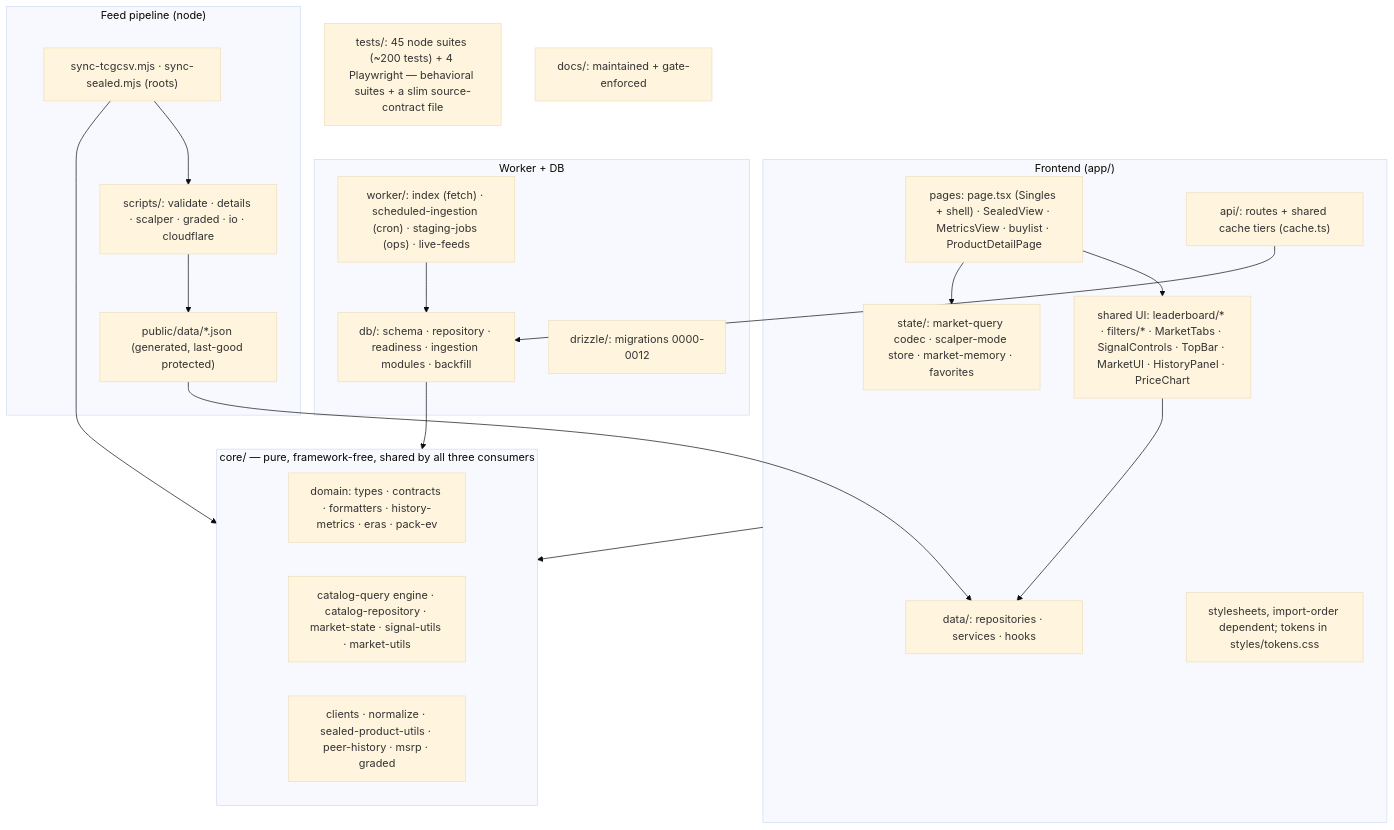
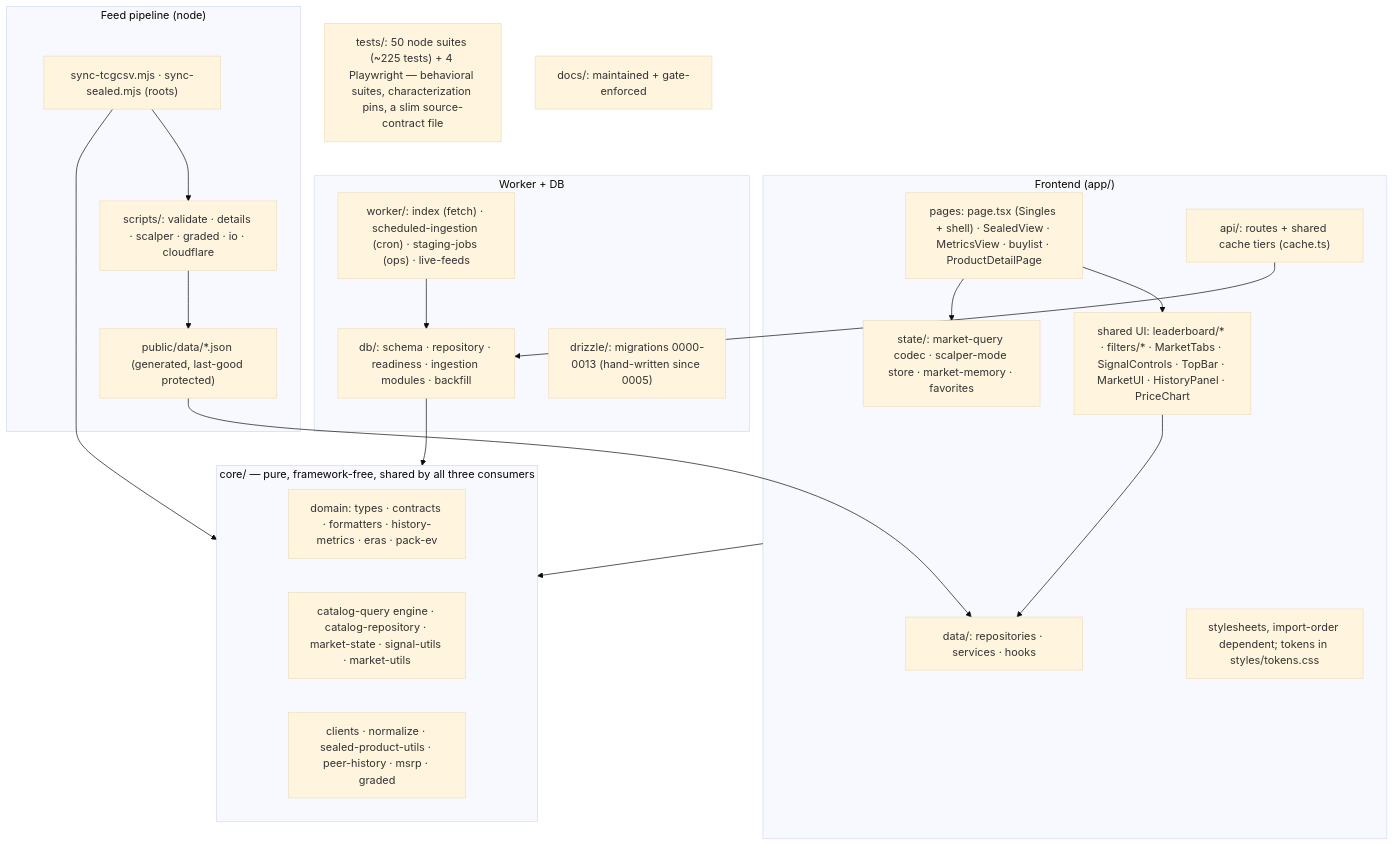
The first of 3 diagrams in docs/helicopter-view.md (cjord/rawsignal), drawn with Mermaid (base theme) before and after one commit. The commit also changed other lines of this file and 3 other files, not shown here.

````diff
--- a/docs/helicopter-view.md
+++ b/docs/helicopter-view.md
@@ -19,38 +19,38 @@
 ```mermaid
 flowchart TB
   subgraph frontend["Frontend (app/)"]
     pages["pages: page.tsx (Singles + shell) · SealedView · MetricsView · buylist · ProductDetailPage"]
     prims["shared UI: leaderboard/* · filters/* · MarketTabs · SignalControls · TopBar · MarketUI · HistoryPanel · PriceChart"]
     state["state/: market-query codec · scalper-mode store · market-memory · favorites"]
     dataL["data/: repositories · services · hooks"]
     api["api/: routes + shared cache tiers (cache.ts)"]
     css["stylesheets, import-order dependent; tokens in styles/tokens.css"]
   end
   subgraph core["core/ — pure, framework-free, shared by all three consumers"]
     domain["domain: types · contracts · formatters · history-metrics · eras · pack-ev"]
     engine["catalog-query engine · catalog-repository · market-state · signal-utils · market-utils"]
     pipe["clients · normalize · sealed-product-utils · peer-history · msrp · graded"]
   end
   subgraph backend["Worker + DB"]
     worker["worker/: index (fetch) · scheduled-ingestion (cron) · staging-jobs (ops) · live-feeds"]
     db["db/: schema · repository · readiness · ingestion modules · backfill"]
-    drizzle["drizzle/: migrations 0000-0012"]
+    drizzle["drizzle/: migrations 0000-0013 (hand-written since 0005)"]
   end
   subgraph pipeline["Feed pipeline (node)"]
     sync["sync-tcgcsv.mjs · sync-sealed.mjs (roots)"]
     scripts["scripts/: validate · details · scalper · graded · io · cloudflare"]
     feeds["public/data/*.json (generated, last-good protected)"]
   end
-  tests["tests/: 45 node suites (~200 tests) + 4 Playwright — behavioral suites + a slim source-contract file"]
+  tests["tests/: 50 node suites (~225 tests) + 4 Playwright — behavioral suites, characterization pins, a slim source-contract file"]
   docs["docs/: maintained + gate-enforced"]
 
   pages --> prims --> dataL
   pages --> state
   frontend --> core
   api --> db
   worker --> db
   db --> core
   sync --> scripts --> feeds
   sync --> core
   feeds --> dataL
 ```
````
